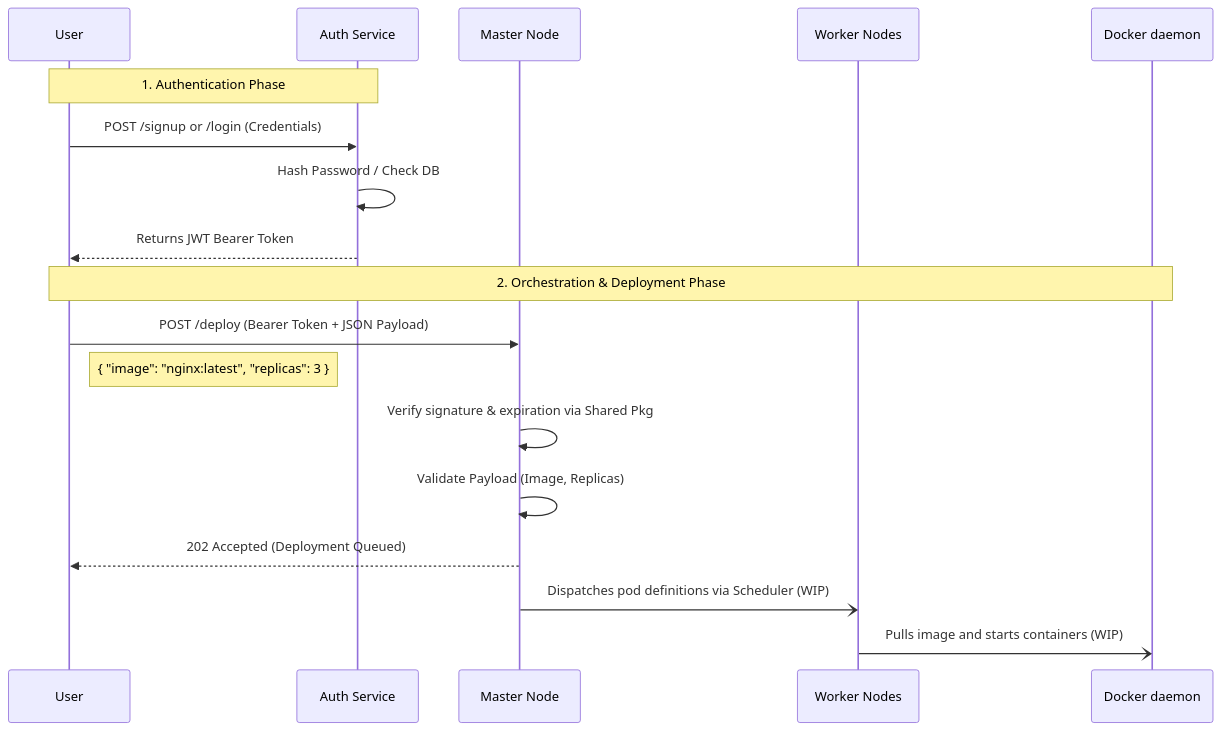
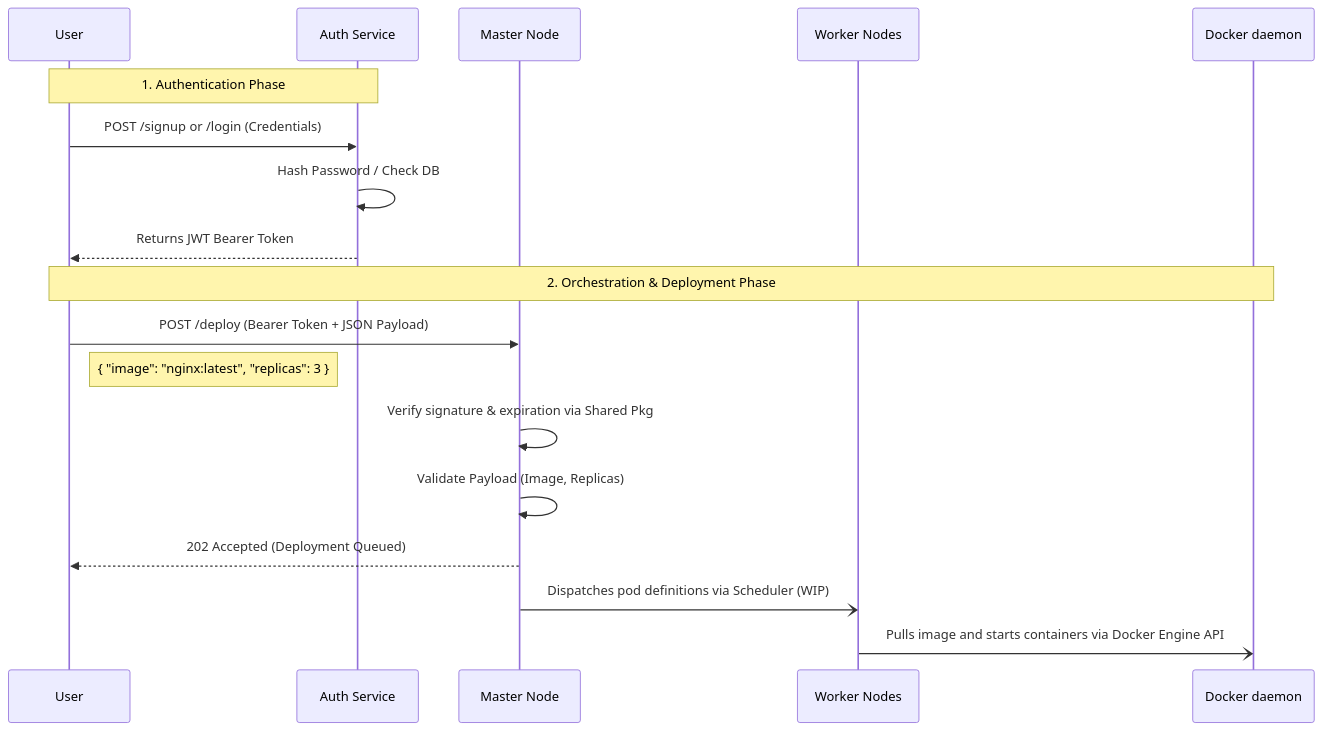
The diagram in README.md (Surajit09636/mini-kn8s), drawn with Mermaid before and after one commit. The commit also changed other lines of this file and 6 other files, not shown here.

Commit message:
this can executed the docker containers

````diff
--- a/README.md
+++ b/README.md
@@ -9,24 +9,24 @@
 ```mermaid
 sequenceDiagram
     participant User
     participant Auth as Auth Service
     participant Master as Master Node
     participant Worker as Worker Nodes
     participant Docker as Docker daemon
 
     Note over User,Auth: 1. Authentication Phase
     User->>Auth: POST /signup or /login (Credentials)
     Auth->>Auth: Hash Password / Check DB
     Auth-->>User: Returns JWT Bearer Token
 
     Note over User,Docker: 2. Orchestration & Deployment Phase
     User->>Master: POST /deploy (Bearer Token + JSON Payload)
     note right of User: { "image": "nginx:latest", "replicas": 3 }
 
     Master->>Master: Verify signature & expiration via Shared Pkg
     Master->>Master: Validate Payload (Image, Replicas)
     Master-->>User: 202 Accepted (Deployment Queued)
 
     Master-)Worker: Dispatches pod definitions via Scheduler (WIP)
-    Worker-)Docker: Pulls image and starts containers (WIP)
+    Worker-)Docker: Pulls image and starts containers via Docker Engine API
 ```
````
